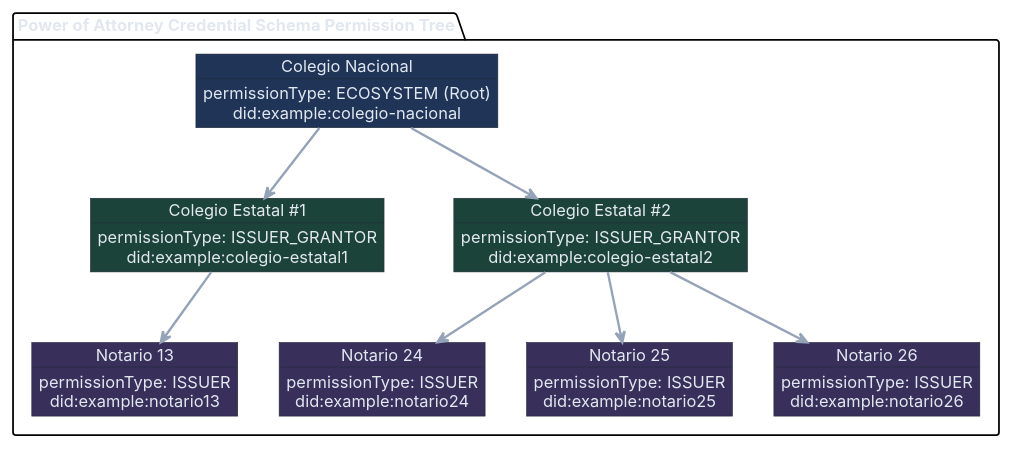
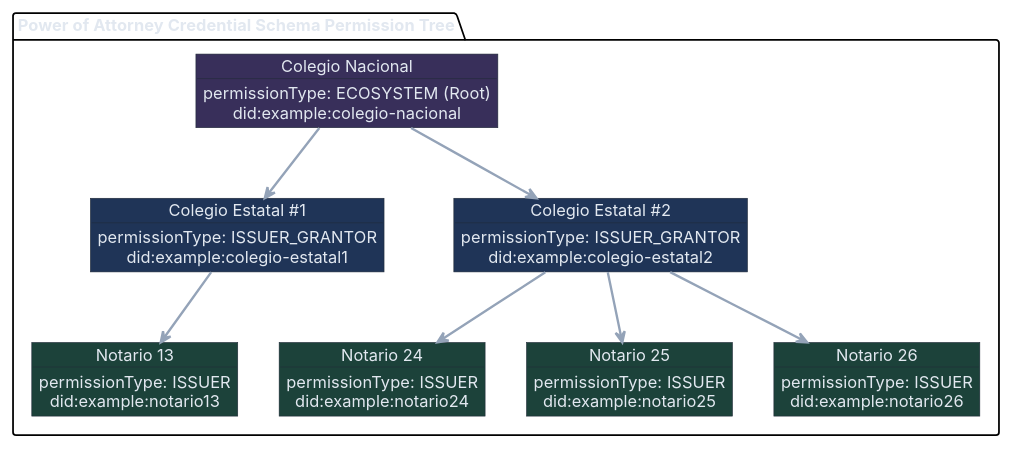
One commit to verana-labs/verana.io-website changed the diagram in content/page/industry-use-cases/notaries.md. Above: the diagram before and after it, drawn with PlantUML. The commit also changed other lines of this file and 2 other files, not shown here.

```diff
--- a/content/page/industry-use-cases/notaries.md
+++ b/content/page/industry-use-cases/notaries.md
@@ -111,48 +121,48 @@
-        @startuml
-        scale max 800 width
-        skinparam backgroundColor transparent
-        skinparam DefaultTextAlignment center
-        skinparam defaultFontName "Inter"
-        skinparam defaultFontColor #E2E8F0
-        skinparam ArrowColor #94A3B8
-        skinparam ArrowThickness 2
-        skinparam ObjectBorderColor #1F2937
-        skinparam ObjectFontColor #E2E8F0
-        skinparam ObjectFontName "Inter"
-        package "Power of Attorney Credential Schema Permission Tree" as cs {
-            object "Colegio Nacional" as tr #1F3457 {
-                permissionType: ECOSYSTEM (Root)
-                did:example:colegio-nacional
-            }
-            object "Colegio Estatal #1" as ig1 #1C433A {
-                permissionType: ISSUER_GRANTOR
-                did:example:colegio-estatal1
-            }
-            object "Colegio Estatal #2" as ig2 #1C433A {
-                permissionType: ISSUER_GRANTOR
-                did:example:colegio-estatal2
-            }
-            object "Notario 13" as issuer13 #382F5A {
-                permissionType: ISSUER
-                did:example:notario13
-            }
-            object "Notario 24" as issuer24 #382F5A {
-                permissionType: ISSUER
-                did:example:notario24
-            }
-            object "Notario 25" as issuer25 #382F5A {
-                permissionType: ISSUER
-                did:example:notario25
-            }
-            object "Notario 26" as issuer26 #382F5A {
-                permissionType: ISSUER
-                did:example:notario26
-            }
-        }
-        tr --> ig1
-        tr --> ig2
-        ig1 --> issuer13
-        ig2 --> issuer24
-        ig2 --> issuer25
-        ig2 --> issuer26
-        @enduml
+      @startuml
+      scale max 800 width
+      skinparam backgroundColor transparent
+      skinparam DefaultTextAlignment center
+      skinparam defaultFontName "Inter"
+      skinparam defaultFontColor #E2E8F0
+      skinparam ArrowColor #94A3B8
+      skinparam ArrowThickness 2
+      skinparam ObjectBorderColor #1F2937
+      skinparam ObjectFontColor #E2E8F0
+      skinparam ObjectFontName "Inter"
+      package "Power of Attorney Credential Schema Permission Tree" as cs {
+          object "Colegio Nacional" as tr #382F5A {
+              permissionType: ECOSYSTEM (Root)
+              did:example:colegio-nacional
+          }
+          object "Colegio Estatal #1" as ig1 #1F3457 {
+              permissionType: ISSUER_GRANTOR
+              did:example:colegio-estatal1
+          }
+          object "Colegio Estatal #2" as ig2 #1F3457 {
+              permissionType: ISSUER_GRANTOR
+              did:example:colegio-estatal2
+          }
+          object "Notario 13" as issuer13 #1C423A {
+              permissionType: ISSUER
+              did:example:notario13
+          }
+          object "Notario 24" as issuer24 #1C423A {
+              permissionType: ISSUER
+              did:example:notario24
+          }
+          object "Notario 25" as issuer25 #1C423A {
+              permissionType: ISSUER
+              did:example:notario25
+          }
+          object "Notario 26" as issuer26 #1C423A {
+              permissionType: ISSUER
+              did:example:notario26
+          }
+      }
+      tr --> ig1
+      tr --> ig2
+      ig1 --> issuer13
+      ig2 --> issuer24
+      ig2 --> issuer25
+      ig2 --> issuer26
+      @enduml
```
